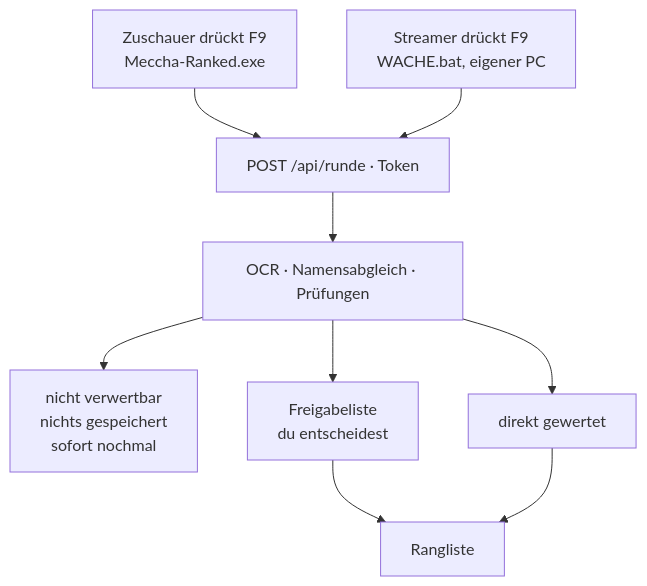
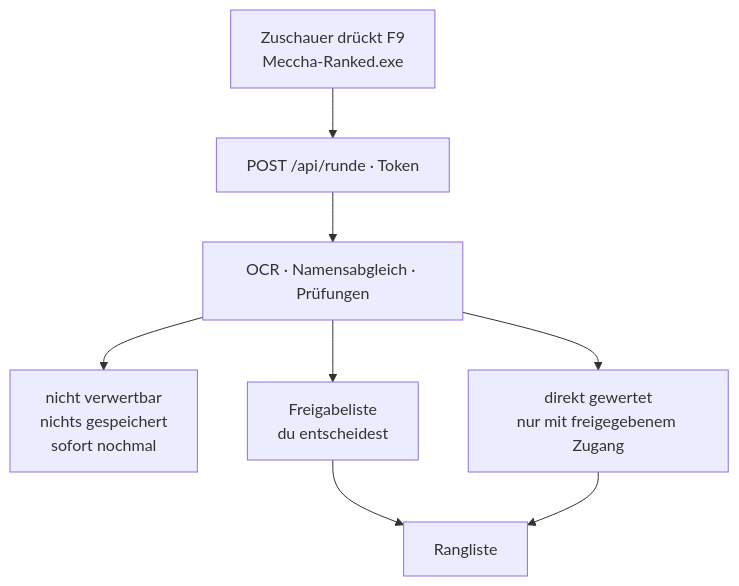
The diagram in README.md (Marco-Jan/meccha-rankedsystem), drawn with Mermaid before and after one commit. The commit also changed other lines of this file and 1 other file, not shown here.

First line of the commit message:
v.5.3.0 | DOC | README: die Wache erreicht die Live-Rangliste nicht

````diff
--- a/README.md
+++ b/README.md
@@ -8,11 +8,10 @@
 ```mermaid
 flowchart TD
-    Z["Zuschauer drückt F9<br>Meccha-Ranked.exe"] --> P
-    S["Streamer drückt F9<br>WACHE.bat, eigener PC"] --> P
-    P["POST /api/runde · Token"] --> L["OCR · Namensabgleich · Prüfungen"]
+    Z["Zuschauer drückt F9<br>Meccha-Ranked.exe"] --> P["POST /api/runde · Token"]
+    P --> L["OCR · Namensabgleich · Prüfungen"]
     L --> N["nicht verwertbar<br>nichts gespeichert<br>sofort nochmal"]
     L --> F["Freigabeliste<br>du entscheidest"]
-    L --> D["direkt gewertet"]
+    L --> D["direkt gewertet<br>nur mit freigegebenem Zugang"]
     F --> R["Rangliste"]
     D --> R
 ```
````
